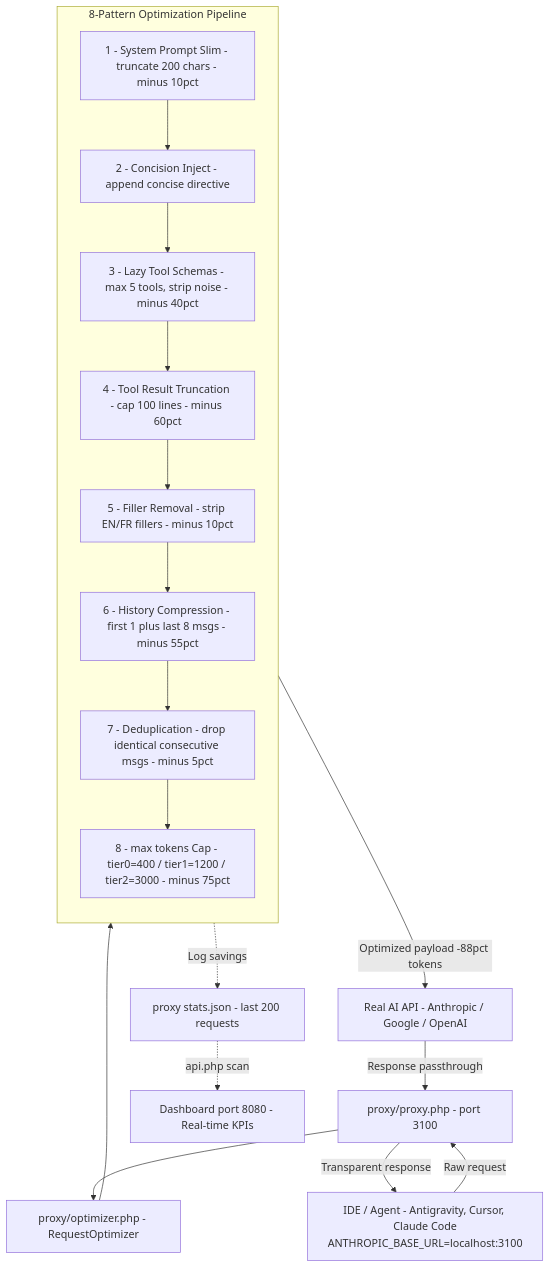
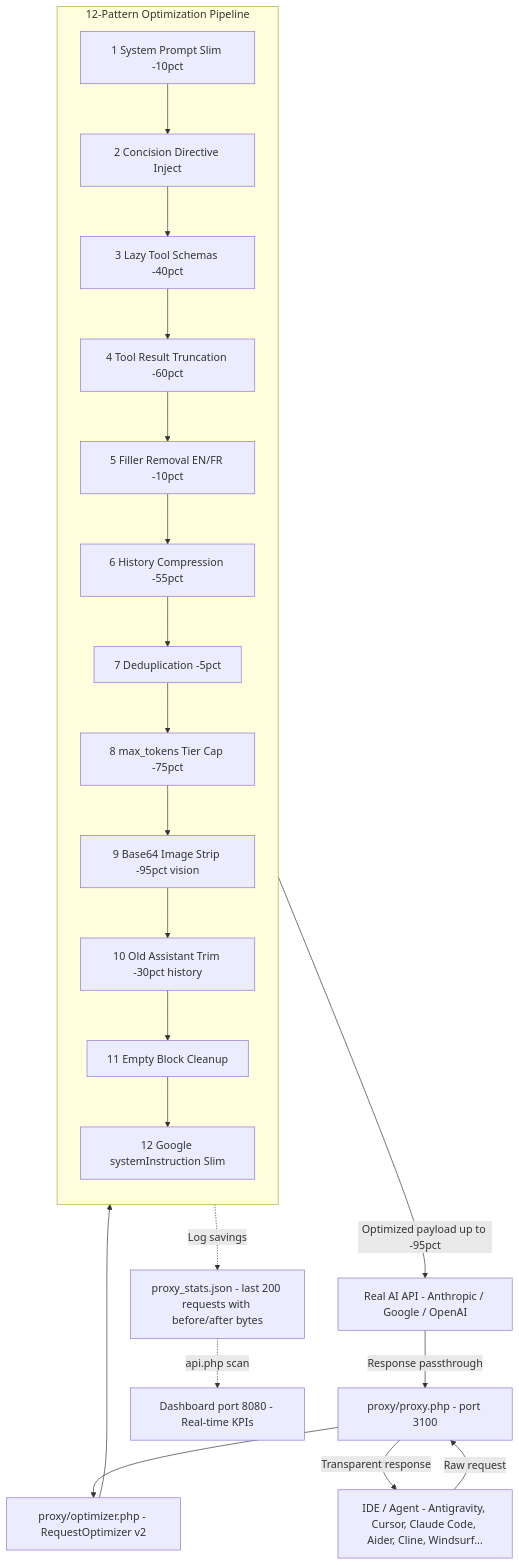
Before and after one commit to xsaidi1992/ai-token-optimizer-: the diagram in README.md, drawn with Mermaid. The commit also changed other lines of this file and 7 other files, not shown here.

First line of the commit message:
feat: upgrade proxy to 12-pattern optimizer v2 — measured -95.6% savings

````diff
--- a/README.md
+++ b/README.md
@@ -190,33 +190,37 @@
 ```mermaid
 flowchart TD
-    IDE["IDE / Agent - Antigravity, Cursor, Claude Code
-ANTHROPIC_BASE_URL=localhost:3100"]
+    IDE["IDE / Agent - Antigravity, Cursor, Claude Code, Aider, Cline, Windsurf..."]
     PROXY["proxy/proxy.php - port 3100"]
-    OPT["proxy/optimizer.php - RequestOptimizer"]
+    OPT["proxy/optimizer.php - RequestOptimizer v2"]
 
-    subgraph PIPELINE ["8-Pattern Optimization Pipeline"]
+    subgraph PIPELINE ["12-Pattern Optimization Pipeline"]
         direction TB
-        P1["1 - System Prompt Slim - truncate 200 chars - minus 10pct"]
-        P2["2 - Concision Inject - append concise directive"]
-        P3["3 - Lazy Tool Schemas - max 5 tools, strip noise - minus 40pct"]
-        P4["4 - Tool Result Truncation - cap 100 lines - minus 60pct"]
-        P5["5 - Filler Removal - strip EN/FR fillers - minus 10pct"]
-        P6["6 - History Compression - first 1 plus last 8 msgs - minus 55pct"]
-        P7["7 - Deduplication - drop identical consecutive msgs - minus 5pct"]
-        P8["8 - max tokens Cap - tier0=400 / tier1=1200 / tier2=3000 - minus 75pct"]
-        P1 --> P2 --> P3 --> P4 --> P5 --> P6 --> P7 --> P8
+        P1["1 System Prompt Slim -10pct"]
+        P2["2 Concision Directive Inject"]
+        P3["3 Lazy Tool Schemas -40pct"]
+        P4["4 Tool Result Truncation -60pct"]
+        P5["5 Filler Removal EN/FR -10pct"]
+        P6["6 History Compression -55pct"]
+        P7["7 Deduplication -5pct"]
+        P8["8 max_tokens Tier Cap -75pct"]
+        P9["9 Base64 Image Strip -95pct vision"]
+        P10["10 Old Assistant Trim -30pct history"]
+        P11["11 Empty Block Cleanup"]
+        P12["12 Google systemInstruction Slim"]
+        P1 --> P2 --> P3 --> P4 --> P5 --> P6
+        P6 --> P7 --> P8 --> P9 --> P10 --> P11 --> P12
     end
 
     UPSTREAM["Real AI API - Anthropic / Google / OpenAI"]
-    STATS["proxy stats.json - last 200 requests"]
+    STATS["proxy_stats.json - last 200 requests with before/after bytes"]
     DASHBOARD["Dashboard port 8080 - Real-time KPIs"]
 
     IDE -->|Raw request| PROXY
     PROXY --> OPT
     OPT --> PIPELINE
-    PIPELINE -->|Optimized payload -88pct tokens| UPSTREAM
+    PIPELINE -->|Optimized payload up to -95pct| UPSTREAM
     UPSTREAM -->|Response passthrough| PROXY
     PROXY -->|Transparent response| IDE
     PIPELINE -.->|Log savings| STATS
     STATS -.->|api.php scan| DASHBOARD
 ```
````
